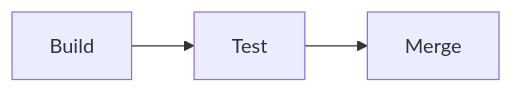
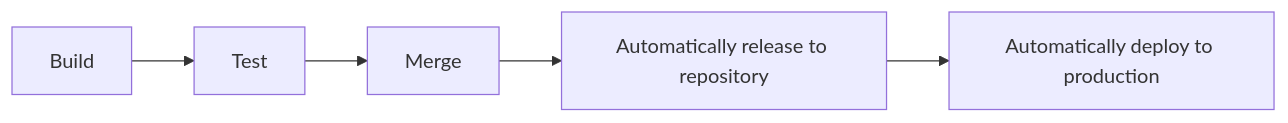
The diagram in Module 3- Vulnerabilities  in systems/Flaws in the system(1).md (huzy-2006-eng/Coursera-course-5), drawn with Mermaid before and after one commit. The commit also changed other lines of this file, not shown here.

````diff
--- a/Module 3- Vulnerabilities  in systems/Flaws in the system(1).md
+++ b/Module 3- Vulnerabilities  in systems/Flaws in the system(1).md
@@ -18,4 +37,4 @@
 ```mermaid
 graph LR
-A[Build] --> B[Test] --> C[Merge]
+A[Build] --> B[Test] --> C[Merge] --> D[Automatically release to repository] --> E[Automatically deploy to production]
 ```
````
